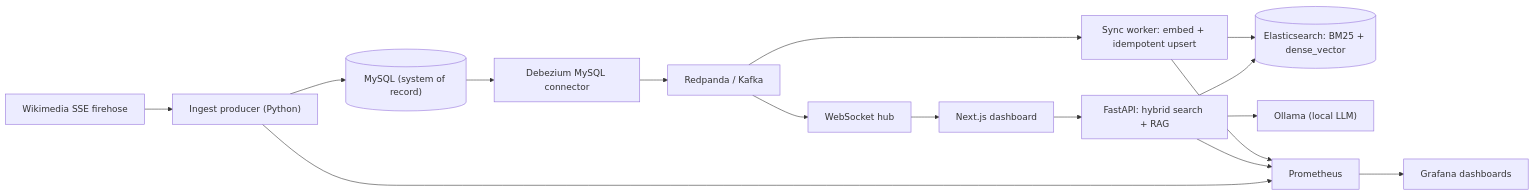
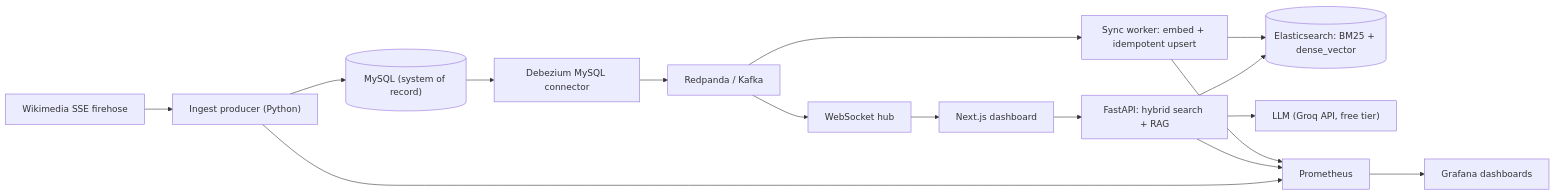
Before and after one commit to shubhamsinha1010/pulsesearch-cdc-rag: the diagram in README.md, drawn with Mermaid. The commit also changed other lines of this file and 6 other files, not shown here.

First line of the commit message:
Switch RAG from local Ollama to Groq free-tier API

````diff
--- a/README.md
+++ b/README.md
@@ -23,18 +23,18 @@
 ```mermaid
 flowchart LR
   Firehose["Wikimedia SSE firehose"] --> Ingest["Ingest producer (Python)"]
   Ingest --> MySQL[("MySQL (system of record)")]
   MySQL --> Debezium["Debezium MySQL connector"]
   Debezium --> Kafka["Redpanda / Kafka"]
   Kafka --> Worker["Sync worker: embed + idempotent upsert"]
   Worker --> ES[("Elasticsearch: BM25 + dense_vector")]
   Kafka --> Hub["WebSocket hub"]
   Hub --> UI["Next.js dashboard"]
   API["FastAPI: hybrid search + RAG"] --> ES
-  API --> Ollama["Ollama (local LLM)"]
+  API --> LLM["LLM (Groq API, free tier)"]
   UI --> API
   Worker --> Prom["Prometheus"]
   API --> Prom
   Ingest --> Prom
   Prom --> Grafana["Grafana dashboards"]
 ```
````
